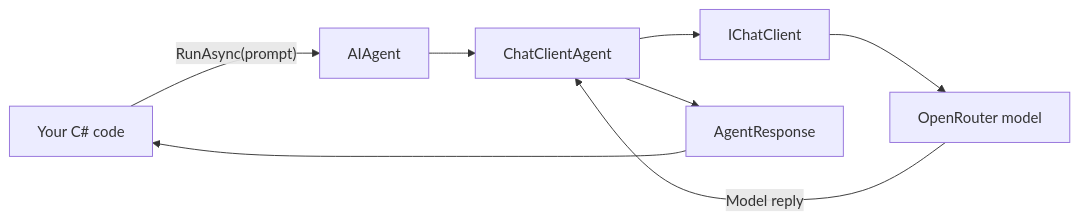
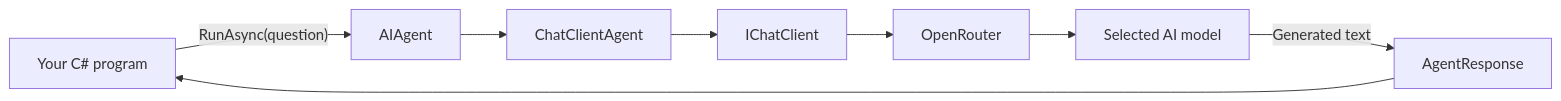
The first of 2 diagrams in 01-creating-an-agent/README.md (SunilPrasad/ai-agent), drawn with Mermaid before and after one commit. The commit also changed other lines of this file and 7 other files, not shown here.

````diff
--- a/01-creating-an-agent/README.md
+++ b/01-creating-an-agent/README.md
@@ -19,10 +23,10 @@
 ```mermaid
 flowchart LR
-    App["Your C# code"] -->|"RunAsync(prompt)"| Agent["AIAgent"]
-    Agent --> Impl["ChatClientAgent"]
-    Impl --> Client["IChatClient"]
-    Client --> Router["OpenRouter model"]
-    Router -->|"Model reply"| Impl
-    Impl --> Response["AgentResponse"]
+    App["Your C# program"] -->|"RunAsync(question)"| Agent["AIAgent"]
+    Agent --> Concrete["ChatClientAgent"]
+    Concrete --> Client["IChatClient"]
+    Client --> Router["OpenRouter"]
+    Router --> Model["Selected AI model"]
+    Model -->|"Generated text"| Response["AgentResponse"]
     Response --> App
 ```
````
